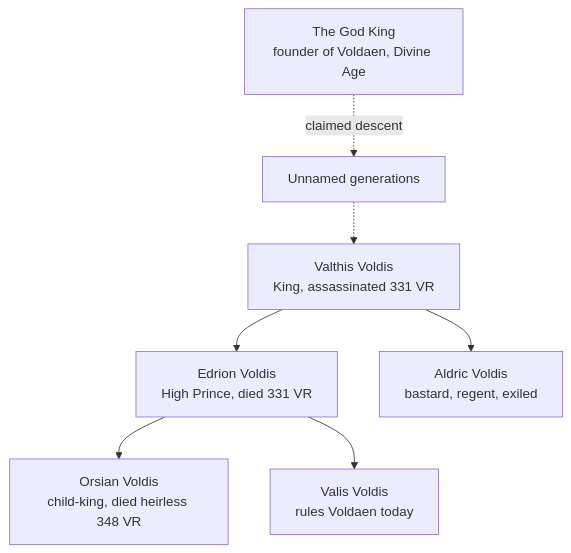
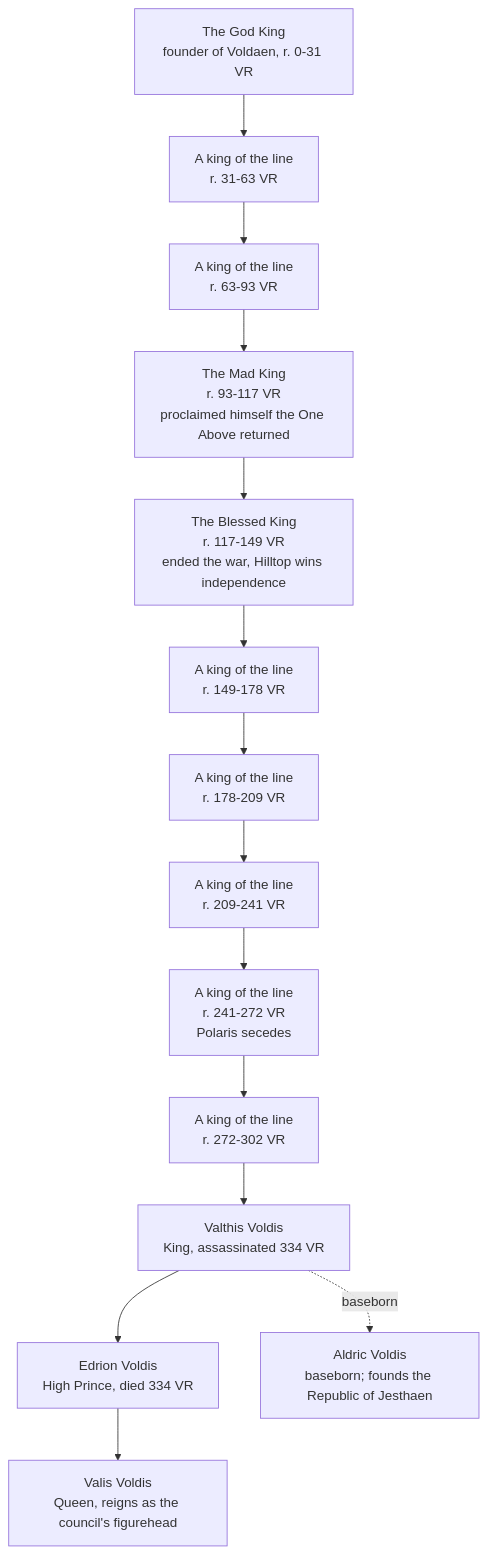
One commit to EgoAlt/althas-wiki changed the diagram in content/organizations/house-voldis.md. Above: the diagram before and after it, drawn with Mermaid. The commit also changed other lines of this file and 30 other files, not shown here.

First line of the commit message:
Voldis history overhaul: succession recast, ancient line + king pages, +3 VR timeline shift, portraits

````diff
--- a/content/organizations/house-voldis.md
+++ b/content/organizations/house-voldis.md
@@ -19,21 +19,28 @@
 ```mermaid
 graph TD
-    GK["The God King<br/>founder of Voldaen, Divine Age"]
-    GAP["Unnamed generations"]
-    VALTHIS["Valthis Voldis<br/>King, assassinated 331 VR"]
-    EDRION["Edrion Voldis<br/>High Prince, died 331 VR"]
-    ALDRIC["Aldric Voldis<br/>bastard, regent, exiled"]
-    ORSIAN["Orsian Voldis<br/>child-king, died heirless 348 VR"]
-    VALIS["Valis Voldis<br/>rules Voldaen today"]
-    GK -.->|claimed descent| GAP
-    GAP -.-> VALTHIS
+    GK["The God King<br/>founder of Voldaen, r. 0-31 VR"]
+    K1["A king of the line<br/>r. 31-63 VR"]
+    K2["A king of the line<br/>r. 63-93 VR"]
+    MAD["The Mad King<br/>r. 93-117 VR<br/>proclaimed himself the One Above returned"]
+    BLESSED["The Blessed King<br/>r. 117-149 VR<br/>ended the war, Hilltop wins independence"]
+    K3["A king of the line<br/>r. 149-178 VR"]
+    K4["A king of the line<br/>r. 178-209 VR"]
+    K5["A king of the line<br/>r. 209-241 VR"]
+    K6["A king of the line<br/>r. 241-272 VR<br/>Polaris secedes"]
+    K7["A king of the line<br/>r. 272-302 VR"]
+    VALTHIS["Valthis Voldis<br/>King, assassinated 334 VR"]
+    EDRION["Edrion Voldis<br/>High Prince, died 334 VR"]
+    ALDRIC["Aldric Voldis<br/>baseborn; founds the Republic of Jesthaen"]
+    VALIS["Valis Voldis<br/>Queen, reigns as the council's figurehead"]
+    GK --> K1 --> K2 --> MAD --> BLESSED --> K3 --> K4 --> K5 --> K6 --> K7 --> VALTHIS
     VALTHIS --> EDRION
-    VALTHIS --> ALDRIC
-    EDRION --> ORSIAN
+    VALTHIS -.->|baseborn| ALDRIC
     EDRION --> VALIS
+    click GK "../npcs/the-god-king" "The God King"
+    click MAD "../npcs/the-mad-king" "The Mad King"
+    click BLESSED "../npcs/the-blessed-king" "The Blessed King"
     click VALTHIS "../npcs/valthis-voldis" "Valthis Voldis"
     click EDRION "../npcs/edrion-voldis" "Edrion Voldis"
     click ALDRIC "../npcs/aldric-voldis" "Aldric Voldis"
-    click ORSIAN "../npcs/orsian-voldis" "Orsian Voldis"
     click VALIS "../npcs/valis-voldis" "Valis Voldis"
 ```
````
